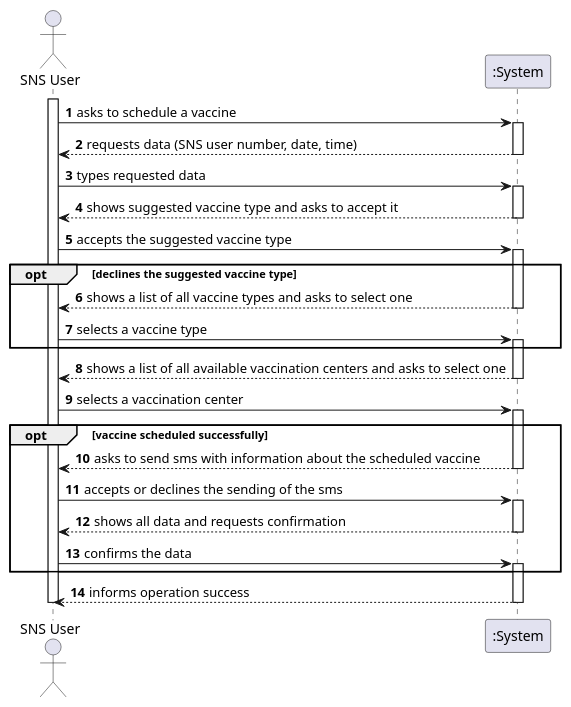
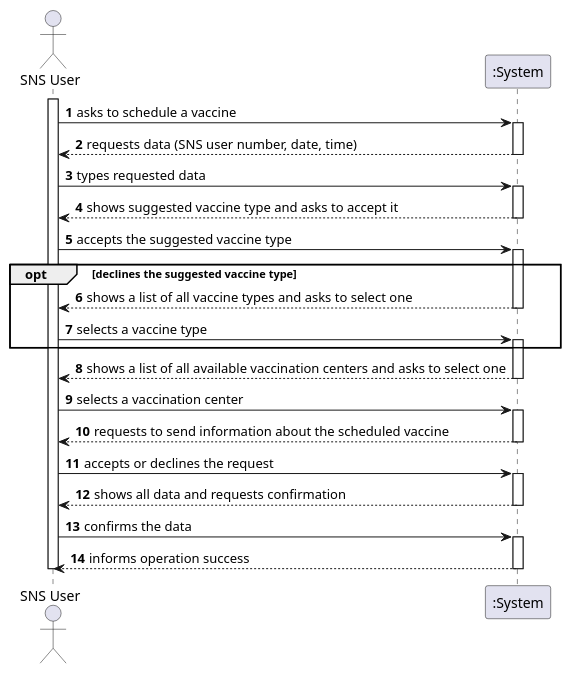
The diagram in docs/SprintC/US01/SSD/US01_SSD.puml (miseEnPlace-i/lapr2), drawn with PlantUML before and after one commit.

Commit message:
docs(us-01): updated ssd

```diff
--- a/docs/SprintC/US01/SSD/US01_SSD.puml
+++ b/docs/SprintC/US01/SSD/US01_SSD.puml
@@ -1,45 +1,45 @@
 @startuml US01_SSD
 autonumber
 actor "SNS User" as user
 
 activate user
 
 user -> ":System" : asks to schedule a vaccine
 activate ":System"
 ":System" --> user : requests data (SNS user number, date, time)
 deactivate ":System"
 
 user -> ":System" : types requested data
 activate ":System"
 ":System" --> user : shows suggested vaccine type and asks to accept it
 deactivate ":System"
 
 user -> ":System" : accepts the suggested vaccine type
 opt declines the suggested vaccine type
     activate ":System"
     ":System" --> user : shows a list of all vaccine types and asks to select one
     deactivate ":System"
     user -> ":System" : selects a vaccine type
     activate ":System"
 end
 ":System" --> user : shows a list of all available vaccination centers and asks to select one
 deactivate ":System"
 
 user -> ":System" : selects a vaccination center
-opt vaccine scheduled successfully
-    activate ":System"
-    ":System" --> user : asks to send sms with information about the scheduled vaccine
-    deactivate ":System"
-    user -> ":System" : accepts or declines the sending of the sms
-    activate ":System"
-    ":System" --> user : shows all data and requests confirmation
-    deactivate ":System"
-    user -> ":System" : confirms the data
-    activate ":System"
-end
+activate ":System"
+":System" --> user : requests to send information about the scheduled vaccine
+deactivate ":System"
+
+user -> ":System" : accepts or declines the request
+activate ":System"
+":System" --> user : shows all data and requests confirmation
+deactivate ":System"
+
+user -> ":System" : confirms the data
+activate ":System"
 ":System" --> user : informs operation success
 deactivate ":System"
 
 deactivate user
 
 @enduml
```
